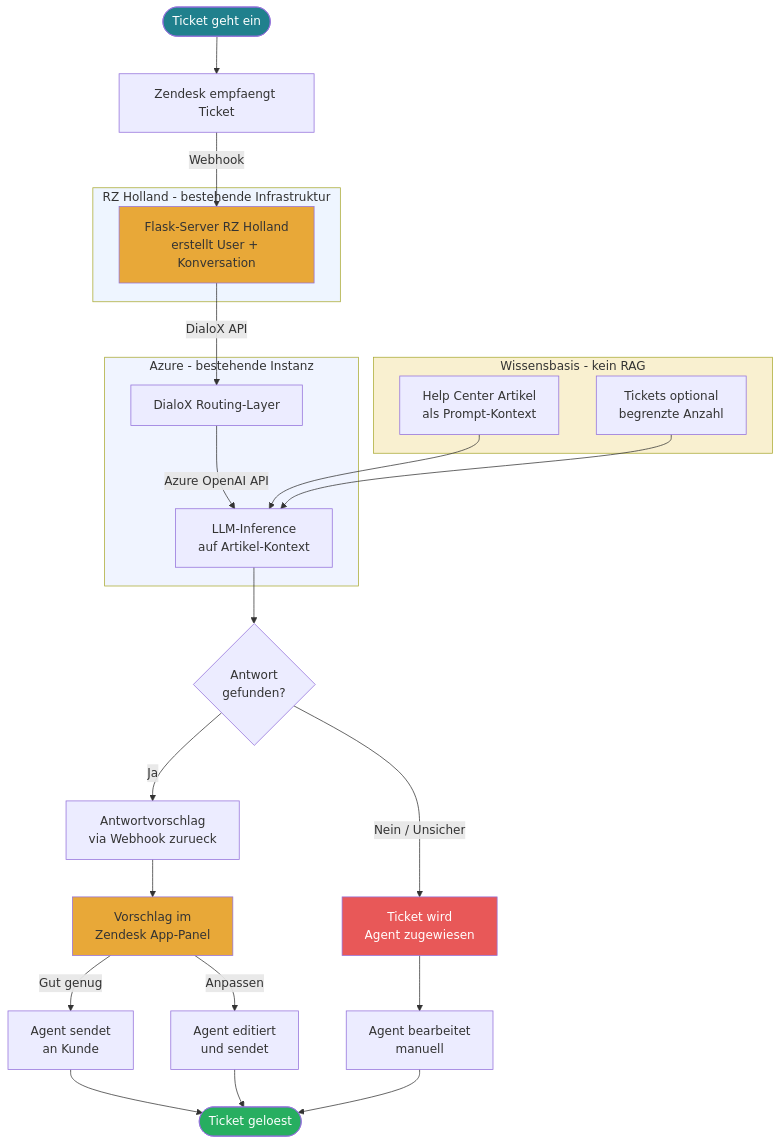
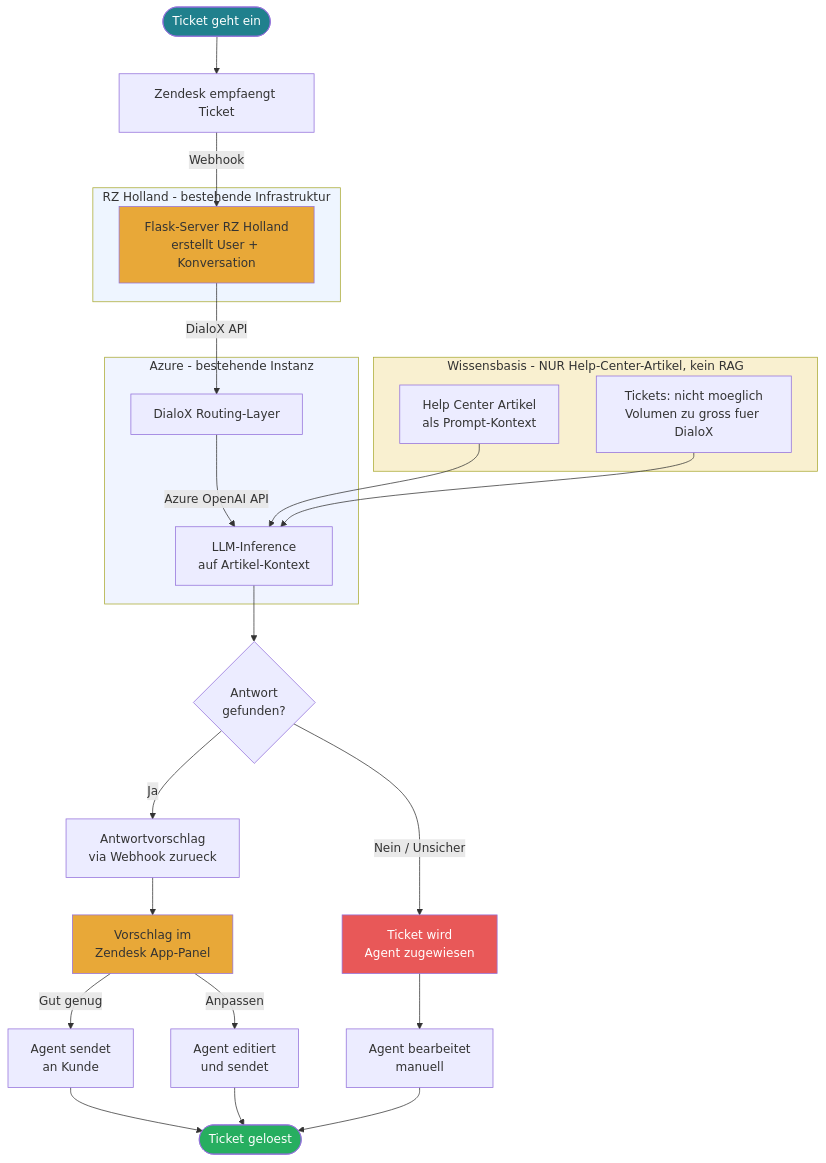
One commit to tekknix/zendesk-ai changed the fifth of 16 diagrams in readme.md. Above: the diagram before and after it, drawn with Mermaid. The commit also changed other lines of this file, not shown here.

````diff
--- a/readme.md
+++ b/readme.md
@@ -120,40 +139,40 @@
 ```mermaid
 flowchart TD
     A([Ticket geht ein]) --> B[Zendesk empfaengt Ticket]
     B -->|Webhook| C[Flask-Server RZ Holland<br>erstellt User + Konversation]
     C -->|DialoX API| D[DialoX Routing-Layer]
     D -->|Azure OpenAI API| E[LLM-Inference<br>auf Artikel-Kontext]
     E --> F{Antwort<br>gefunden?}
     F -->|Ja| G[Antwortvorschlag<br>via Webhook zurueck]
     F -->|Nein / Unsicher| H[Ticket wird<br>Agent zugewiesen]
     G --> I[Vorschlag im<br>Zendesk App-Panel]
     I -->|Gut genug| J[Agent sendet<br>an Kunde]
     I -->|Anpassen| K[Agent editiert<br>und sendet]
     H --> L[Agent bearbeitet<br>manuell]
     J --> M([Ticket geloest])
     K --> M
     L --> M
 
     subgraph RZ [RZ Holland - bestehende Infrastruktur]
         C
     end
 
     subgraph AZURE [Azure - bestehende Instanz]
         D
         E
     end
 
-    subgraph WISSEN [Wissensbasis - kein RAG]
+    subgraph WISSEN [Wissensbasis - NUR Help-Center-Artikel, kein RAG]
         Z1[Help Center Artikel<br>als Prompt-Kontext] --> E
-        Z2[Tickets optional<br>begrenzte Anzahl] --> E
+        Z2[Tickets: nicht moeglich<br>Volumen zu gross fuer DialoX] --> E
     end
 
     style A fill:#20808D,color:#fff
     style C fill:#E8A838,color:#333
     style I fill:#E8A838,color:#333
     style M fill:#27AE60,color:#fff
     style H fill:#E85858,color:#fff
     style RZ fill:#eef5ff,color:#333
     style AZURE fill:#f0f4ff,color:#333
     style WISSEN fill:#f9f0d0,color:#333
 ```
````
